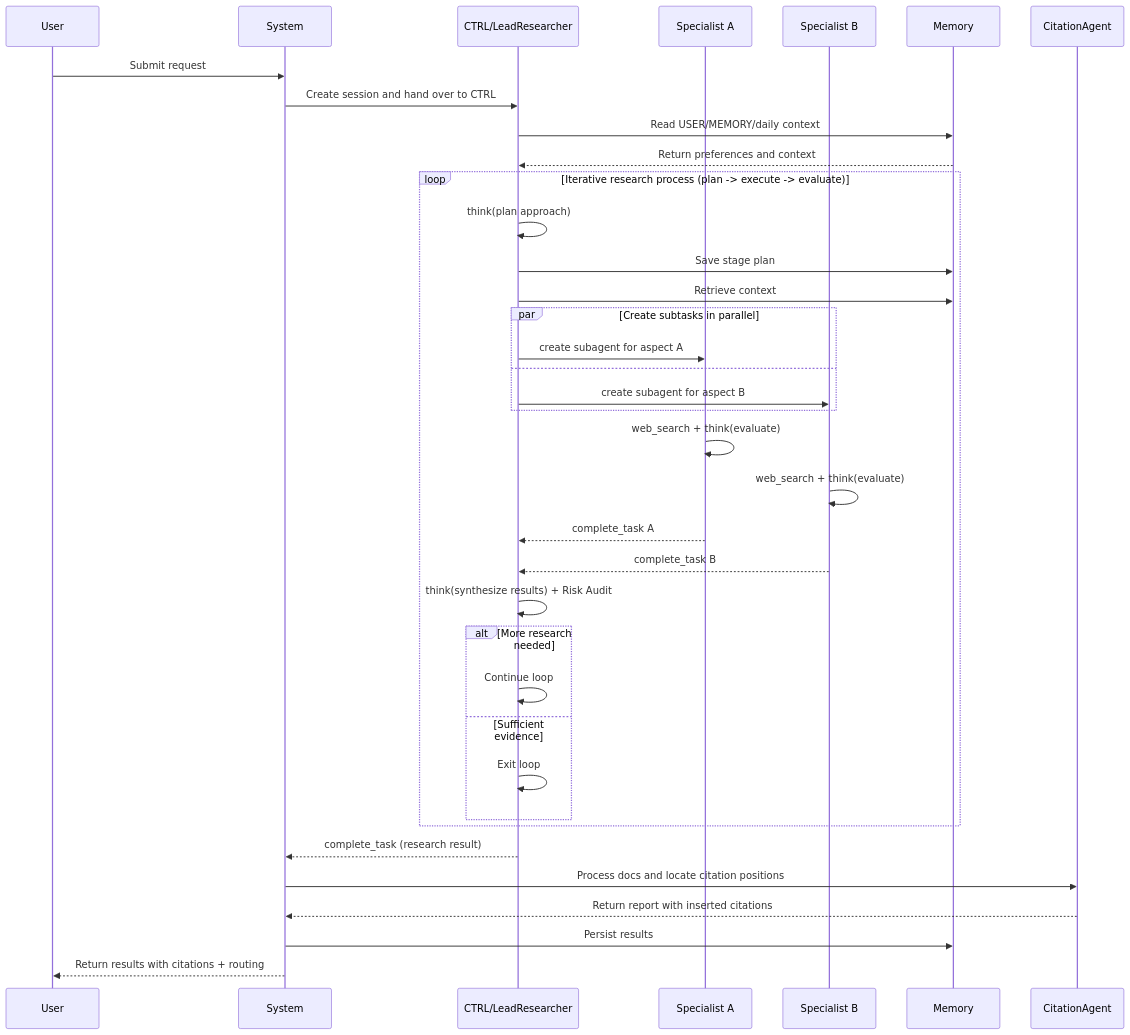
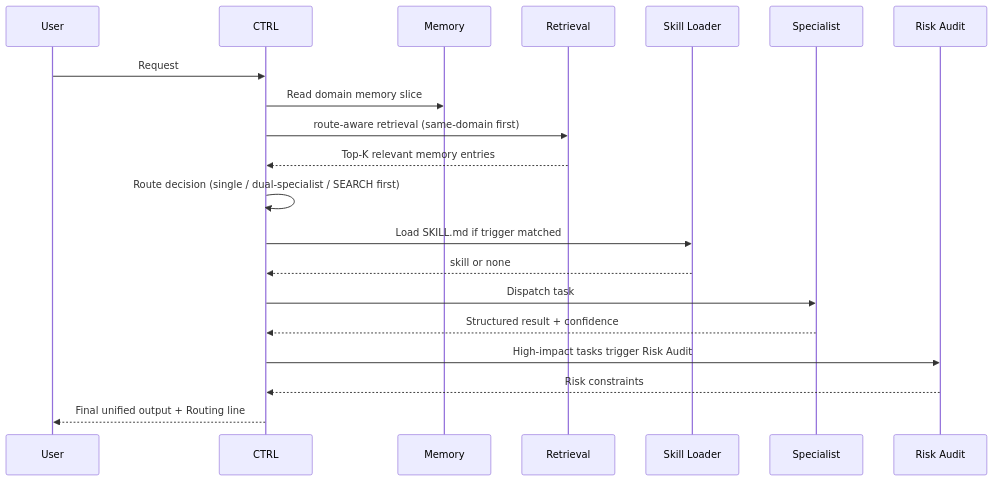
One commit to jinglong92/longClaw changed the second of 2 diagrams in README.en.md. Above: the diagram before and after it, drawn with Mermaid. The commit also changed other lines of this file and 1 other file, not shown here.

````diff
--- a/README.en.md
+++ b/README.en.md
@@ -91,42 +291,23 @@
 ```mermaid
 sequenceDiagram
     participant U as User
-    participant S as System
-    participant C as CTRL/LeadResearcher
-    participant A as Specialist A
-    participant B as Specialist B
+    participant C as CTRL
     participant M as Memory
-    participant Q as CitationAgent
+    participant RET as Retrieval
+    participant K as Skill Loader
+    participant S as Specialist
+    participant A as Risk Audit
 
-    U->>S: Submit request
-    S->>C: Create session and hand over to CTRL
-    C->>M: Read USER/MEMORY/daily context
-    M-->>C: Return preferences and context
-
-    loop Iterative research process (plan -> execute -> evaluate)
-        C->>C: think(plan approach)
-        C->>M: Save stage plan
-        C->>M: Retrieve context
-        par Create subtasks in parallel
-            C->>A: create subagent for aspect A
-            and
-            C->>B: create subagent for aspect B
-        end
-        A->>A: web_search + think(evaluate)
-        B->>B: web_search + think(evaluate)
-        A-->>C: complete_task A
-        B-->>C: complete_task B
-        C->>C: think(synthesize results) + Risk Audit
-        alt More research needed
-            C->>C: Continue loop
-        else Sufficient evidence
-            C->>C: Exit loop
-        end
-    end
-
-    C-->>S: complete_task (research result)
-    S->>Q: Process docs and locate citation positions
-    Q-->>S: Return report with inserted citations
-    S->>M: Persist results
-    S-->>U: Return results with citations + routing
+    U->>C: Request
+    C->>M: Read domain memory slice
+    C->>RET: route-aware retrieval (same-domain first)
+    RET-->>C: Top-K relevant memory entries
+    C->>C: Route decision (single / dual-specialist / SEARCH first)
+    C->>K: Load SKILL.md if trigger matched
+    K-->>C: skill or none
+    C->>S: Dispatch task
+    S-->>C: Structured result + confidence
+    C->>A: High-impact tasks trigger Risk Audit
+    A-->>C: Risk constraints
+    C-->>U: Final unified output + Routing line
 ```
````
